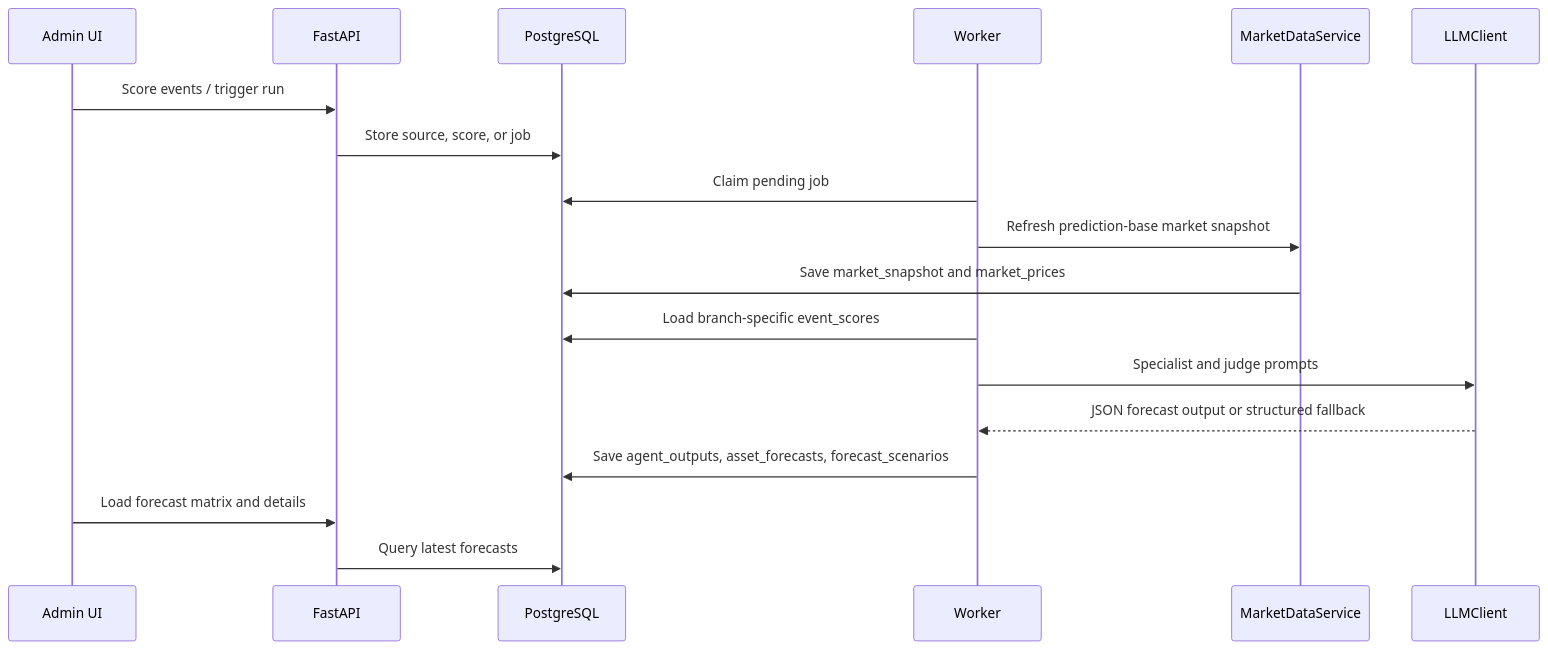
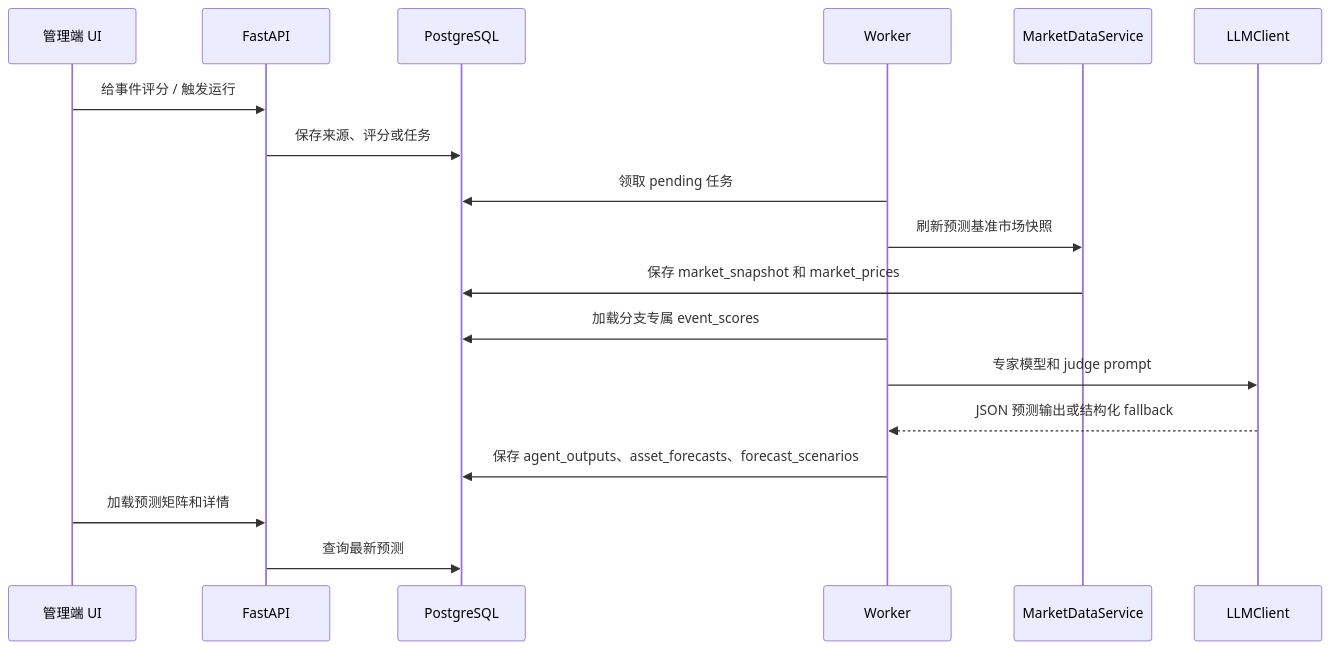
Before and after one commit to chachabu/asset-worldline-agent: the third of 4 diagrams in docs/architecture.md, drawn with Mermaid. The commit also changed other lines of this file and 5 other files, not shown here.

````diff
--- a/docs/architecture.md
+++ b/docs/architecture.md
@@ -106,21 +106,21 @@
 ```mermaid
 sequenceDiagram
-    participant Admin as Admin UI
+    participant Admin as 管理端 UI
     participant API as FastAPI
     participant DB as PostgreSQL
     participant Worker as Worker
     participant Market as MarketDataService
     participant LLM as LLMClient
 
-    Admin->>API: Score events / trigger run
-    API->>DB: Store source, score, or job
-    Worker->>DB: Claim pending job
-    Worker->>Market: Refresh prediction-base market snapshot
-    Market->>DB: Save market_snapshot and market_prices
-    Worker->>DB: Load branch-specific event_scores
-    Worker->>LLM: Specialist and judge prompts
-    LLM-->>Worker: JSON forecast output or structured fallback
-    Worker->>DB: Save agent_outputs, asset_forecasts, forecast_scenarios
-    Admin->>API: Load forecast matrix and details
-    API->>DB: Query latest forecasts
+    Admin->>API: 给事件评分 / 触发运行
+    API->>DB: 保存来源、评分或任务
+    Worker->>DB: 领取 pending 任务
+    Worker->>Market: 刷新预测基准市场快照
+    Market->>DB: 保存 market_snapshot 和 market_prices
+    Worker->>DB: 加载分支专属 event_scores
+    Worker->>LLM: 专家模型和 judge prompt
+    LLM-->>Worker: JSON 预测输出或结构化 fallback
+    Worker->>DB: 保存 agent_outputs、asset_forecasts、forecast_scenarios
+    Admin->>API: 加载预测矩阵和详情
+    API->>DB: 查询最新预测
 ```
````
